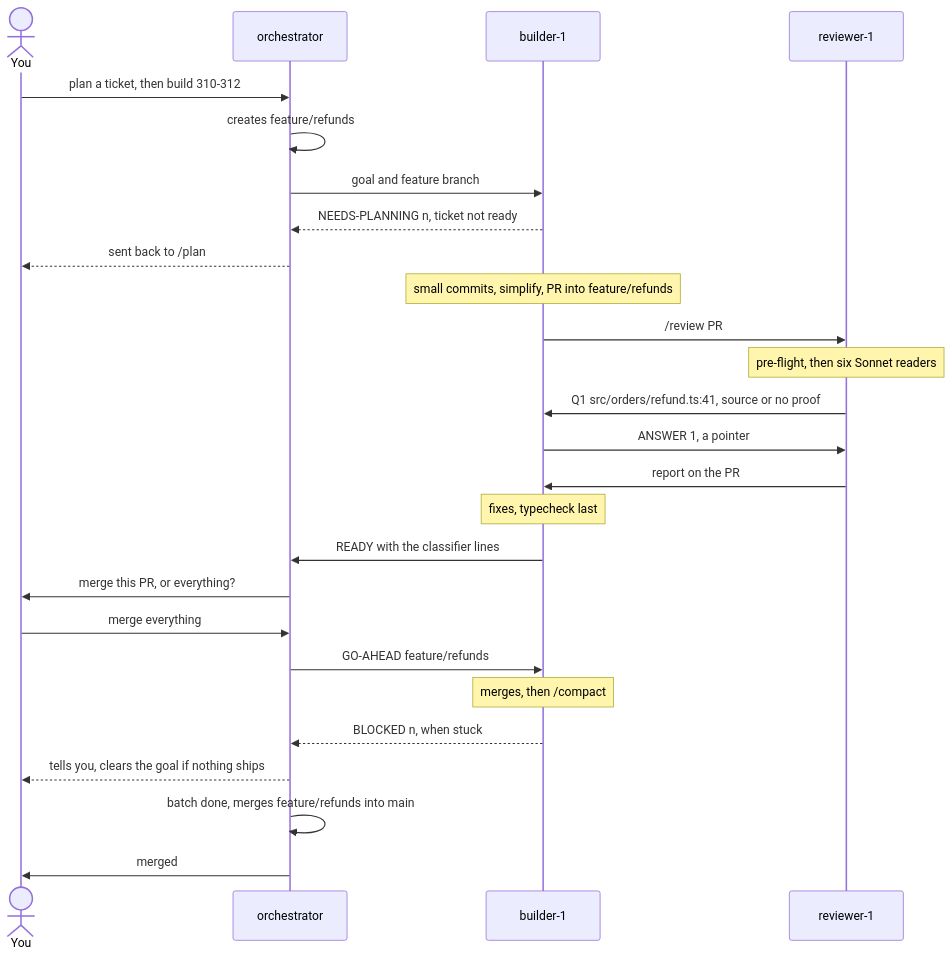
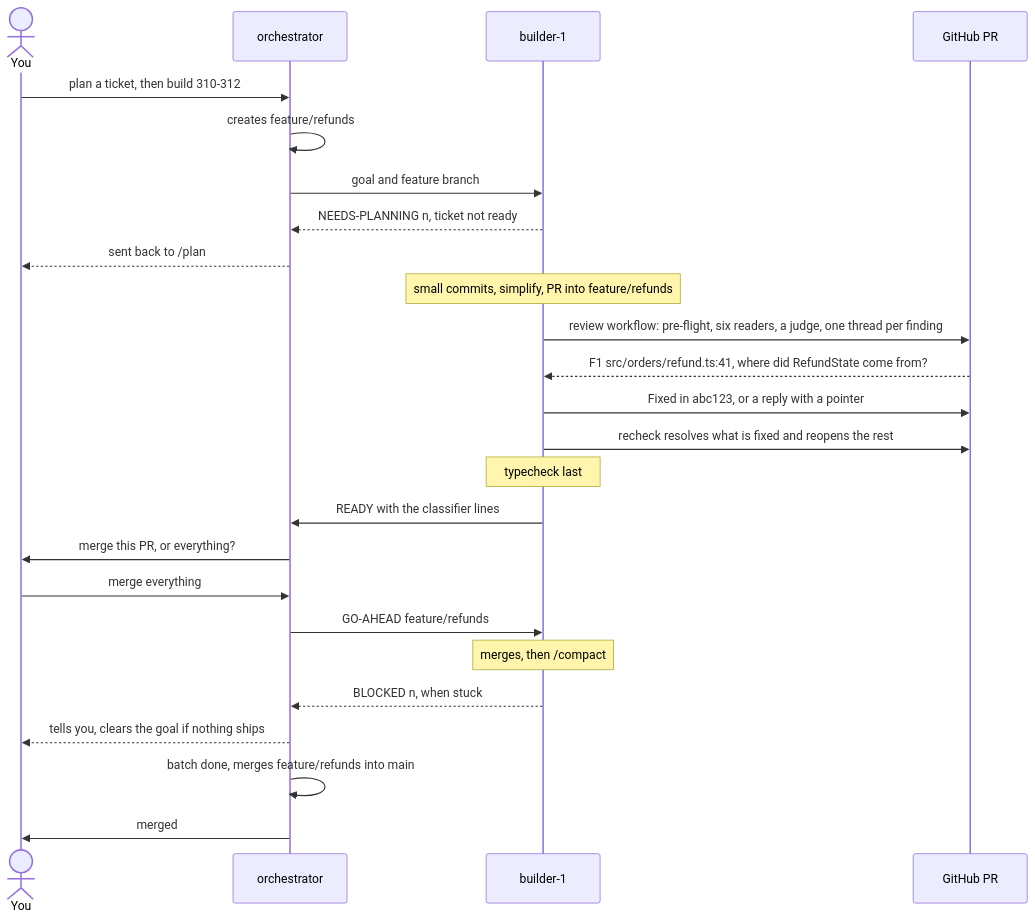
One commit to outputty/claude-plugin changed the diagram in README.md. Above: the diagram before and after it, drawn with Mermaid. The commit also changed other lines of this file and 61 other files, not shown here.

First line of the commit message:
feat(review): run the review as an ultracode workflow inside the build session

````diff
--- a/README.md
+++ b/README.md
@@ -11,28 +11,27 @@
 ```mermaid
 sequenceDiagram
     actor U as You
     participant O as orchestrator
     participant B as builder-1
-    participant R as reviewer-1
+    participant G as GitHub PR
     U->>O: plan a ticket, then build 310-312
     O->>O: creates feature/refunds
     O->>B: goal and feature branch
     B-->>O: NEEDS-PLANNING n, ticket not ready
     O-->>U: sent back to /plan
     Note over B: small commits, simplify, PR into feature/refunds
-    B->>R: /review PR
-    Note over R: pre-flight, then six Sonnet readers
-    R->>B: Q1 src/orders/refund.ts:41, source or no proof
-    B->>R: ANSWER 1, a pointer
-    R->>B: report on the PR
-    Note over B: fixes, typecheck last
+    B->>G: review workflow: pre-flight, six readers, a judge, one thread per finding
+    G-->>B: F1 src/orders/refund.ts:41, where did RefundState come from?
+    B->>G: Fixed in abc123, or a reply with a pointer
+    B->>G: recheck resolves what is fixed and reopens the rest
+    Note over B: typecheck last
     B->>O: READY with the classifier lines
     O->>U: merge this PR, or everything?
     U->>O: merge everything
     O->>B: GO-AHEAD feature/refunds
     Note over B: merges, then /compact
     B-->>O: BLOCKED n, when stuck
     O-->>U: tells you, clears the goal if nothing ships
     O->>O: batch done, merges feature/refunds into main
     O->>U: merged
 ```
````
